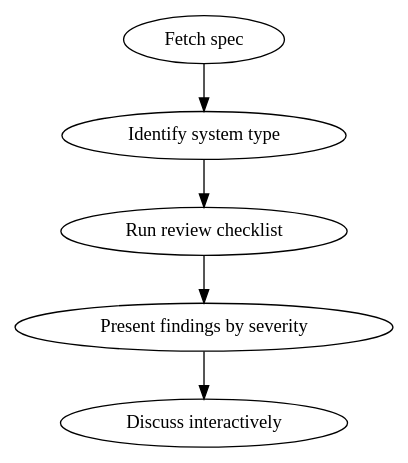
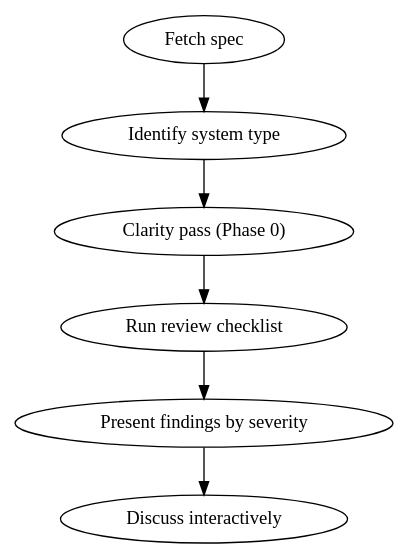
One commit to chibiliplop/claude-plugins changed the diagram in reviewing-design-specs/skills/reviewing-design-specs/SKILL.md. Above: the diagram before and after it, drawn with Graphviz. The commit also changed other lines of this file and 2 other files, not shown here.

First line of the commit message:
feat(reviewing-design-specs): add Socratic clarity pass with --interactive mode (v1.2.0)

````diff
--- a/reviewing-design-specs/skills/reviewing-design-specs/SKILL.md
+++ b/reviewing-design-specs/skills/reviewing-design-specs/SKILL.md
@@ -25,8 +32,9 @@
 ```dot
 digraph review {
   "Fetch spec" -> "Identify system type";
-  "Identify system type" -> "Run review checklist";
+  "Identify system type" -> "Clarity pass (Phase 0)";
+  "Clarity pass (Phase 0)" -> "Run review checklist";
   "Run review checklist" -> "Present findings by severity";
   "Present findings by severity" -> "Discuss interactively";
 }
 ```
````
